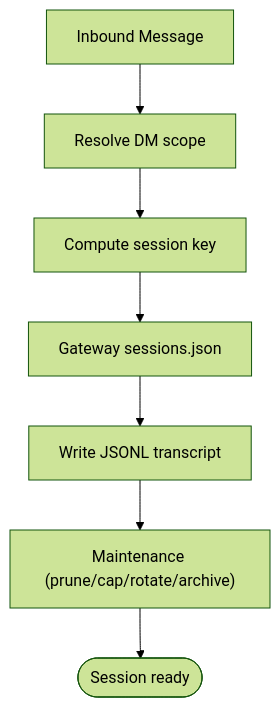
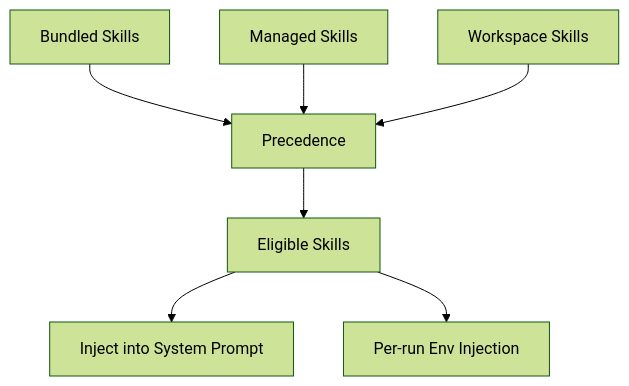
One commit to botx-work/OpenClaw-Internals changed the seventh of 12 diagrams in repowiki/en/content/Agent System/Agent System.md. Above: the diagram before and after it, drawn with Mermaid (forest theme). The commit also changed other lines of this file and 332 other files, not shown here.

````diff
--- a/repowiki/en/content/Agent System/Agent System.md
+++ b/repowiki/en/content/Agent System/Agent System.md
@@ -254,9 +249,9 @@
 ```mermaid
 flowchart TD
-Inbound["Inbound Message"] --> Scope["Resolve DM scope"]
-Scope --> Key["Compute session key"]
-Key --> Store["Gateway sessions.json"]
-Store --> Transcript["Write JSONL transcript"]
-Transcript --> Cleanup["Maintenance (prune/cap/rotate/archive)"]
-Cleanup --> Ready(["Session ready"])
+BUND["Bundled Skills"] --> PRE["Precedence"]
+MAN["Managed Skills"] --> PRE
+WS["Workspace Skills"] --> PRE
+PRE --> ELIG["Eligible Skills"]
+ELIG --> PROMPT["Inject into System Prompt"]
+ELIG --> RUNTIME["Per-run Env Injection"]
 ```
````
